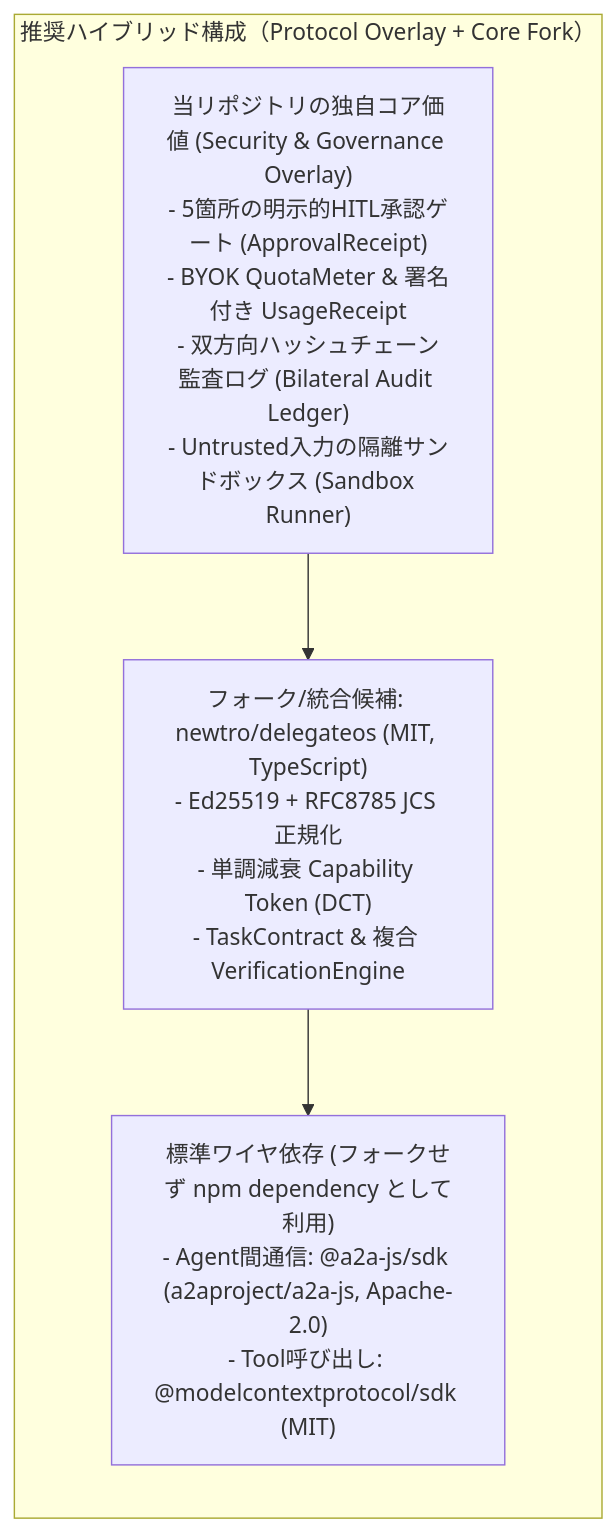
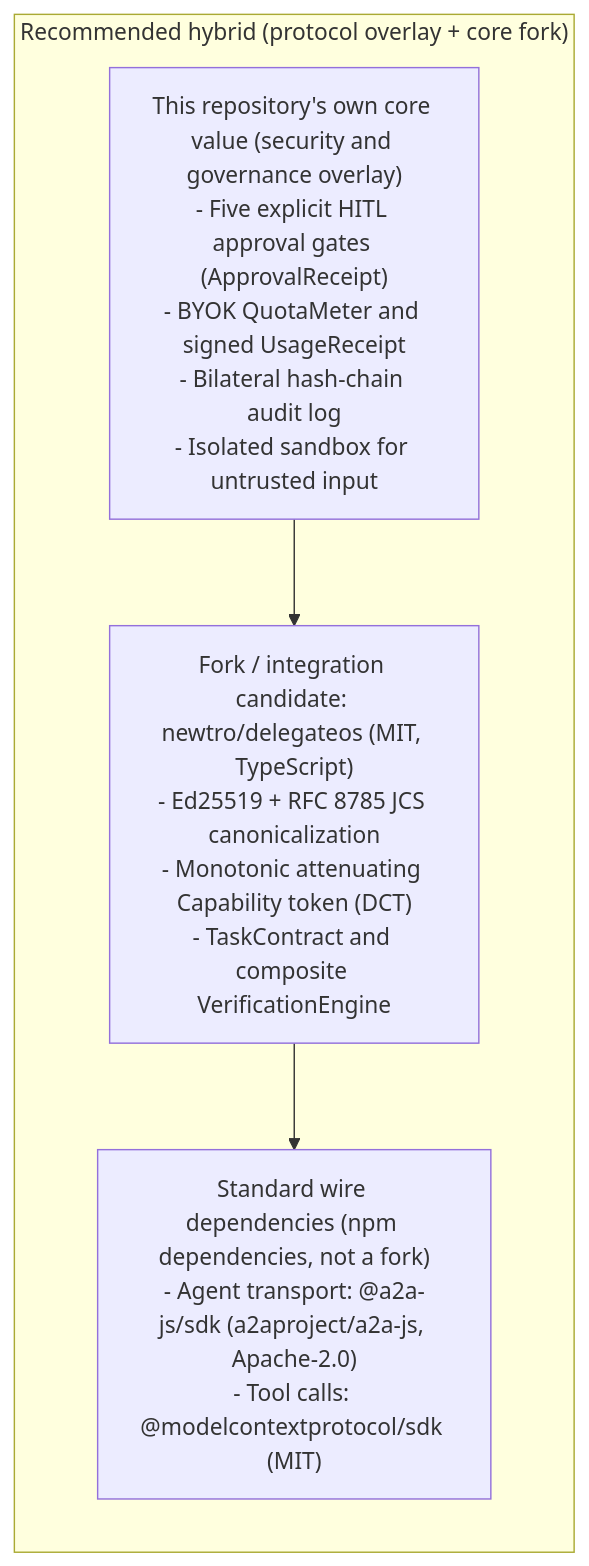
The diagram in OSS_FORK_ANALYSIS.md (acidnyan/agent-collab-platform), drawn with Mermaid before and after one commit. The commit also changed other lines of this file and 10 other files, not shown here.

````diff
--- a/OSS_FORK_ANALYSIS.md
+++ b/OSS_FORK_ANALYSIS.md
@@ -6,12 +8,12 @@
 ```mermaid
 flowchart TB
-    subgraph Strategy["推奨ハイブリッド構成（Protocol Overlay + Core Fork）"]
+    subgraph Strategy["Recommended hybrid (protocol overlay + core fork)"]
         direction TB
-        Overlay["当リポジトリの独自コア価値 (Security & Governance Overlay)\n- 5箇所の明示的HITL承認ゲート (ApprovalReceipt)\n- BYOK QuotaMeter & 署名付き UsageReceipt\n- 双方向ハッシュチェーン監査ログ (Bilateral Audit Ledger)\n- Untrusted入力の隔離サンドボックス (Sandbox Runner)"]
-        DelegateCore["フォーク/統合候補: newtro/delegateos (MIT, TypeScript)\n- Ed25519 + RFC8785 JCS 正規化\n- 単調減衰 Capability Token (DCT)\n- TaskContract & 複合 VerificationEngine"]
-        WireSDK["標準ワイヤ依存 (フォークせず npm dependency として利用)\n- Agent間通信: @a2a-js/sdk (a2aproject/a2a-js, Apache-2.0)\n- Tool呼び出し: @modelcontextprotocol/sdk (MIT)"]
+        Overlay["This repository's own core value (security and governance overlay)\n- Five explicit HITL approval gates (ApprovalReceipt)\n- BYOK QuotaMeter and signed UsageReceipt\n- Bilateral hash-chain audit log\n- Isolated sandbox for untrusted input"]
+        DelegateCore["Fork / integration candidate: newtro/delegateos (MIT, TypeScript)\n- Ed25519 + RFC 8785 JCS canonicalization\n- Monotonic attenuating Capability token (DCT)\n- TaskContract and composite VerificationEngine"]
+        WireSDK["Standard wire dependencies (npm dependencies, not a fork)\n- Agent transport: @a2a-js/sdk (a2aproject/a2a-js, Apache-2.0)\n- Tool calls: @modelcontextprotocol/sdk (MIT)"]
 
         Overlay --> DelegateCore
         DelegateCore --> WireSDK
     end
 ```
````
